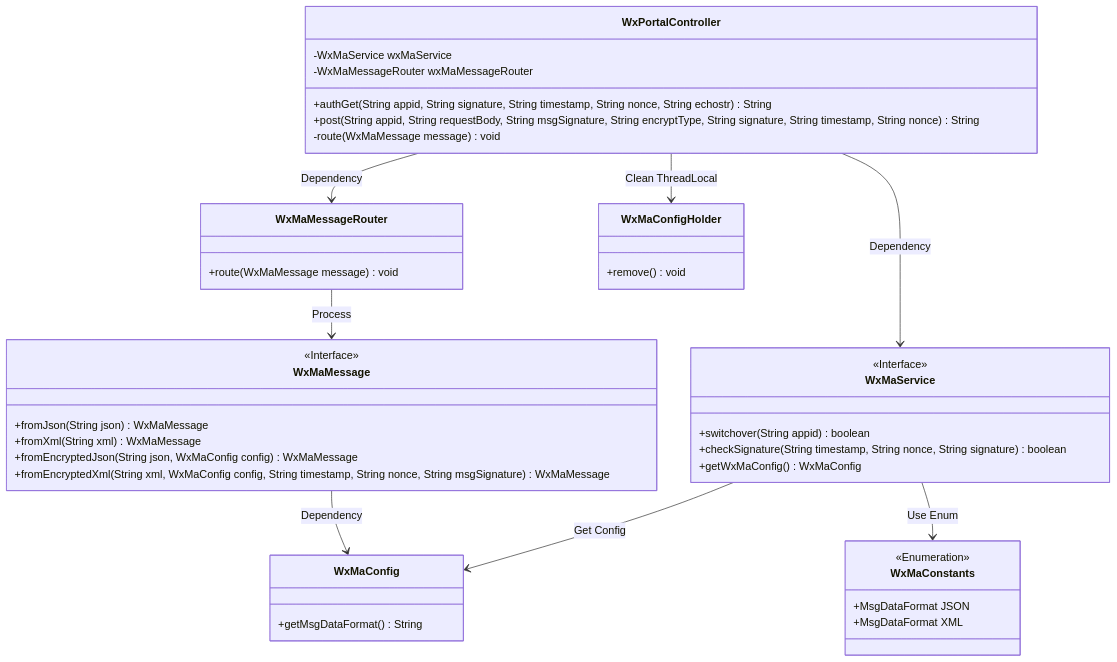
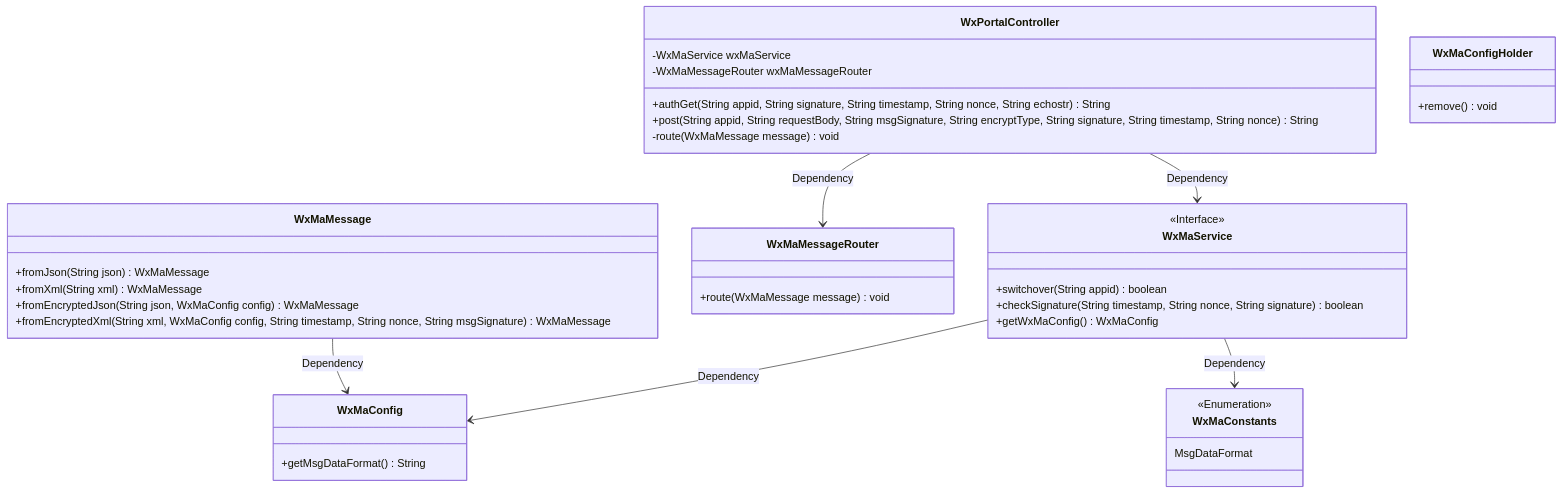
The first of 2 diagrams in docs/en/docs/src/main/java/com/github/binarywang/demo/wx/miniapp/controller/WxPortalController.md (v-wjrong/rongwj666_weixin-java-miniapp-demo), drawn with Mermaid before and after one commit. The commit also changed other lines of this file and 47 other files, not shown here.

````diff
--- a/docs/en/docs/src/main/java/com/github/binarywang/demo/wx/miniapp/controller/WxPortalController.md
+++ b/docs/en/docs/src/main/java/com/github/binarywang/demo/wx/miniapp/controller/WxPortalController.md
@@ -36,51 +36,47 @@
 ```mermaid
 classDiagram
     class WxPortalController {
         -WxMaService wxMaService
         -WxMaMessageRouter wxMaMessageRouter
         +authGet(String appid, String signature, String timestamp, String nonce, String echostr) String
         +post(String appid, String requestBody, String msgSignature, String encryptType, String signature, String timestamp, String nonce) String
         -route(WxMaMessage message) void
     }
 
     class WxMaService {
         <<Interface>>
         +switchover(String appid) boolean
         +checkSignature(String timestamp, String nonce, String signature) boolean
         +getWxMaConfig() WxMaConfig
     }
 
     class WxMaMessageRouter {
         +route(WxMaMessage message) void
     }
 
     class WxMaMessage {
-        <<Interface>>
         +fromJson(String json) WxMaMessage
         +fromXml(String xml) WxMaMessage
         +fromEncryptedJson(String json, WxMaConfig config) WxMaMessage
         +fromEncryptedXml(String xml, WxMaConfig config, String timestamp, String nonce, String msgSignature) WxMaMessage
     }
 
     class WxMaConfig {
         +getMsgDataFormat() String
     }
 
+    class WxMaConstants {
+        <<Enumeration>>
+        MsgDataFormat
+    }
+
     class WxMaConfigHolder {
         +remove() void
     }
 
-    class WxMaConstants {
-        <<Enumeration>>
-        +MsgDataFormat JSON
-        +MsgDataFormat XML
-    }
-
     WxPortalController --> WxMaService : Dependency
     WxPortalController --> WxMaMessageRouter : Dependency
-    WxMaMessageRouter --> WxMaMessage : Process
-    WxMaService --> WxMaConfig : Get Config
     WxMaMessage --> WxMaConfig : Dependency
-    WxPortalController --> WxMaConfigHolder : Clean ThreadLocal
-    WxMaService --> WxMaConstants : Use Enum
+    WxMaService --> WxMaConfig : Dependency
+    WxMaService --> WxMaConstants : Dependency
 ```
````
